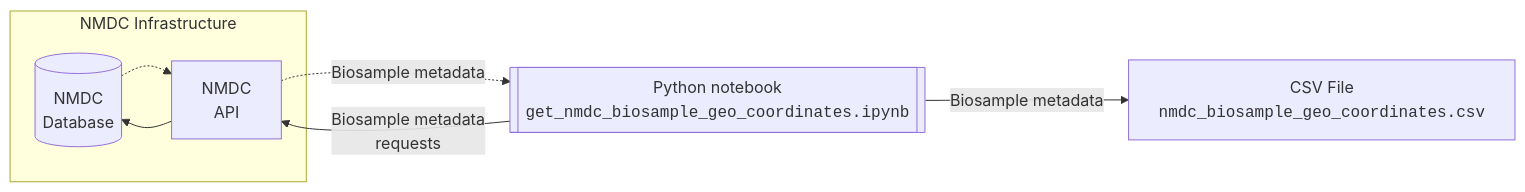
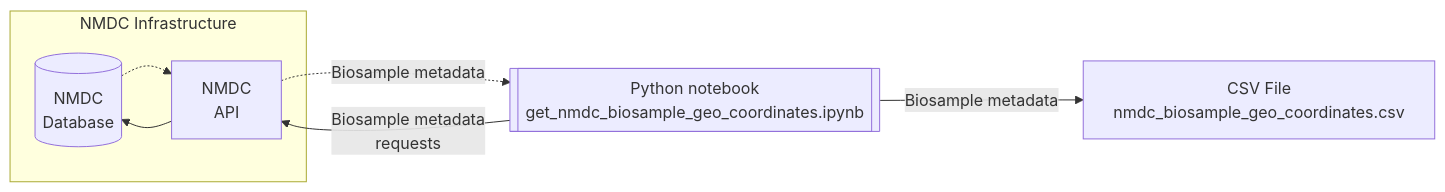
One commit to eecavanna/bertron changed the diagram in nmdc/README.md. Above: the diagram before and after it, drawn with Mermaid.

Commit message:
Simplify Mermaid diagrams to work around GitHub quirk

````diff
--- a/nmdc/README.md
+++ b/nmdc/README.md
@@ -10,15 +10,15 @@
 ```mermaid
 flowchart LR
     subgraph NMDC Infrastructure
         nmdc_db[("NMDC<br>Database")]
         nmdc_api["NMDC<br>API"]
         nmdc_db -.-> nmdc_api
         nmdc_api --> nmdc_db
     end
     
-    notebook[["Python notebook<br><code>get_nmdc_biosample_geo_coordinates.ipynb</code>"]]
+    notebook[["Python notebook<br>get_nmdc_biosample_geo_coordinates.ipynb"]]
     notebook -- Biosample metadata<br>requests --> nmdc_api
     notebook -- Biosample metadata --> csv_file
     nmdc_api -. Biosample metadata .-> notebook
-    csv_file["CSV File<br><code>nmdc_biosample_geo_coordinates.csv</code>"]
+    csv_file["CSV File<br>nmdc_biosample_geo_coordinates.csv"]
 ```
````
